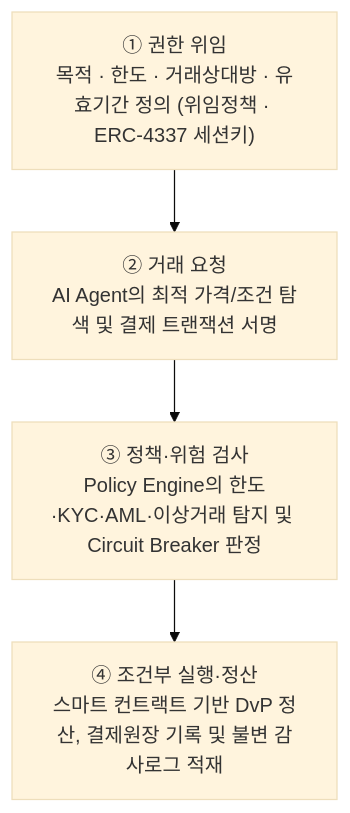
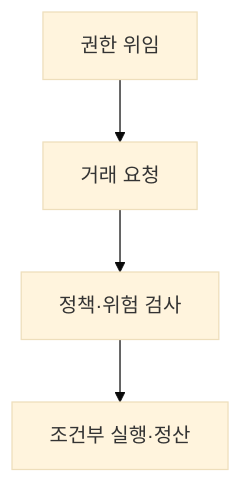
Before and after one commit to agnusdei1207/study: the second of 3 diagrams in src/content/docs/notes/itpe/01-it-strategy/110_programmable_money_ai_agents.md, drawn with Mermaid (base theme). The commit also changed other lines of this file and 18 other files, not shown here.

````diff
--- a/src/content/docs/notes/itpe/01-it-strategy/110_programmable_money_ai_agents.md
+++ b/src/content/docs/notes/itpe/01-it-strategy/110_programmable_money_ai_agents.md
@@ -90,8 +90,4 @@
 ```mermaid
 flowchart TD
-    S1["① 권한 위임<br/>목적 · 한도 · 거래상대방 · 유효기간 정의 (위임정책 · ERC-4337 세션키)"]
-    S2["② 거래 요청<br/>AI Agent의 최적 가격/조건 탐색 및 결제 트랜잭션 서명"]
-    S3["③ 정책·위험 검사<br/>Policy Engine의 한도·KYC·AML·이상거래 탐지 및 Circuit Breaker 판정"]
-    S4["④ 조건부 실행·정산<br/>스마트 컨트랙트 기반 DvP 정산, 결제원장 기록 및 불변 감사로그 적재"]
-    S1 --> S2 --> S3 --> S4
+    S1["권한 위임"] --> S2["거래 요청"] --> S3["정책·위험 검사"] --> S4["조건부 실행·정산"]
 ```
````
